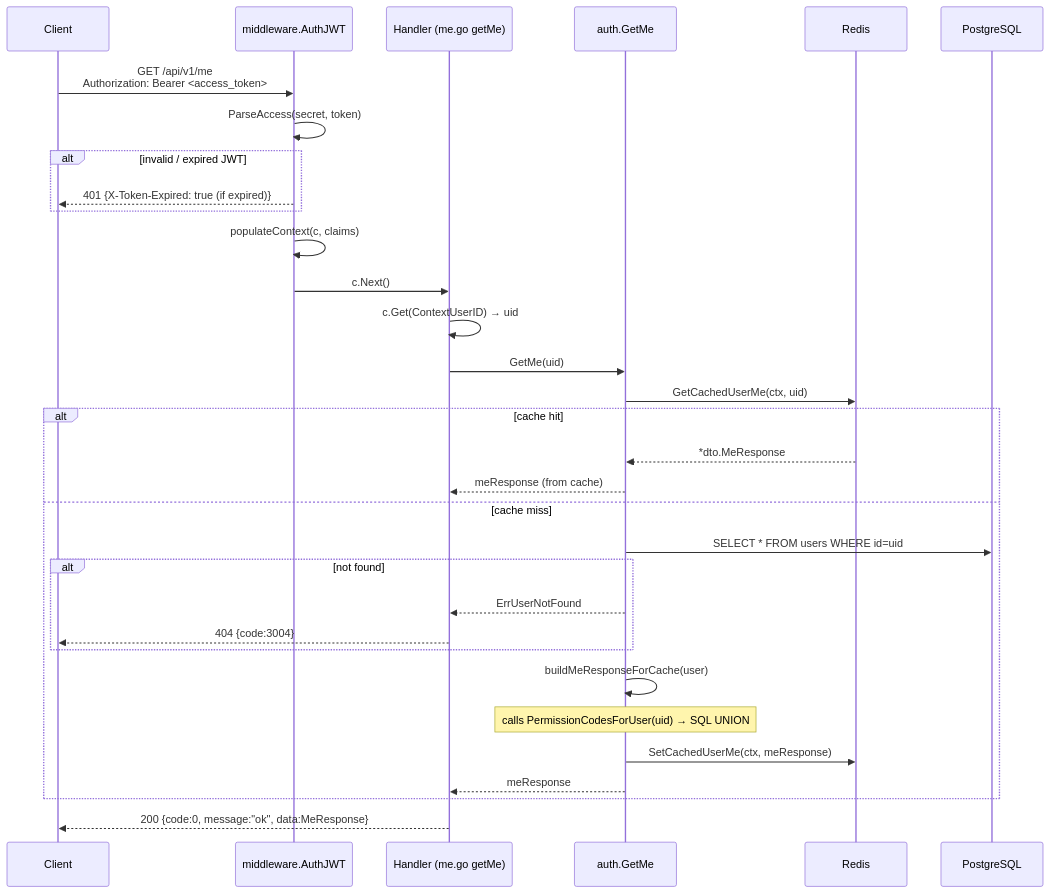
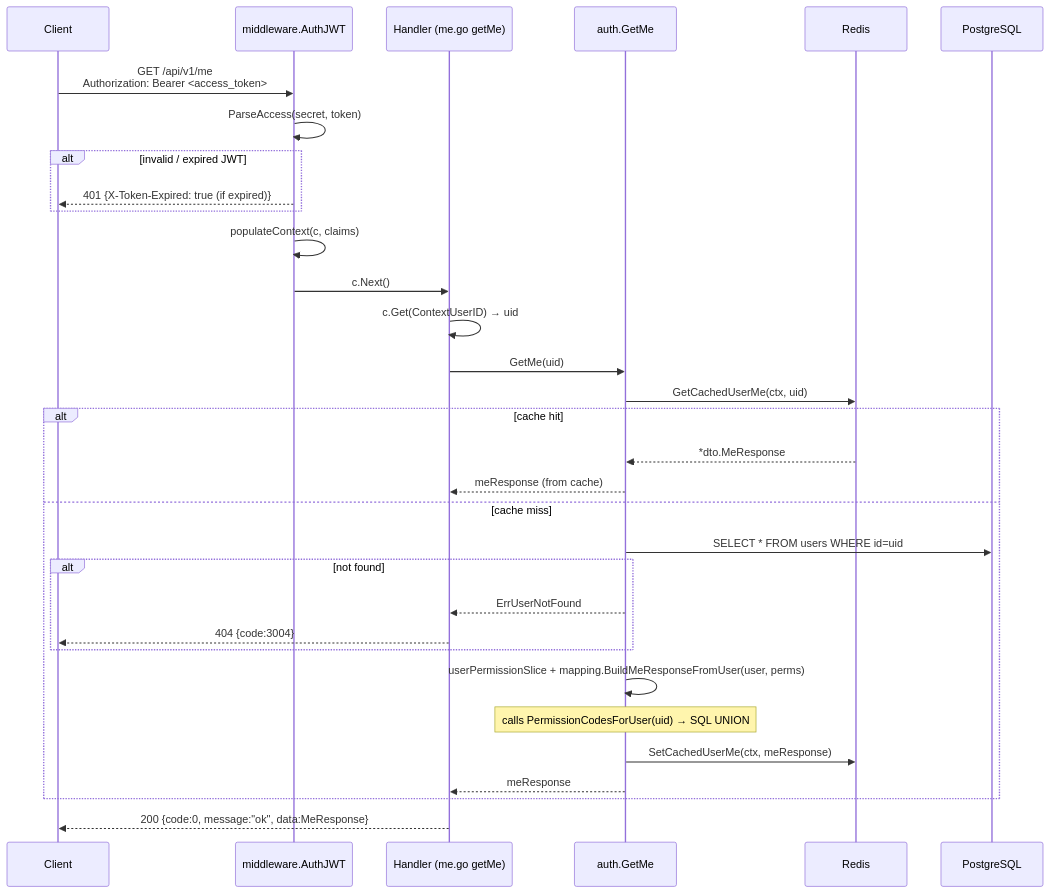
One commit to lkienkle11/be-mycourse changed the sixth of 23 diagrams in docs/sequence_diagrams.md. Above: the diagram before and after it, drawn with Mermaid. The commit also changed other lines of this file and 18 other files, not shown here.

````diff
--- a/docs/sequence_diagrams.md
+++ b/docs/sequence_diagrams.md
@@ -333,38 +333,38 @@
 ```mermaid
 sequenceDiagram
     participant C as Client
     participant MW as middleware.AuthJWT
     participant H as Handler (me.go getMe)
     participant SVC as auth.GetMe
     participant Cache as Redis
     participant DB as PostgreSQL
 
     C->>MW: GET /api/v1/me<br/>Authorization: Bearer <access_token>
     MW->>MW: ParseAccess(secret, token)
     alt invalid / expired JWT
         MW-->>C: 401 {X-Token-Expired: true (if expired)}
     end
     MW->>MW: populateContext(c, claims)
     MW->>H: c.Next()
 
     H->>H: c.Get(ContextUserID) → uid
     H->>SVC: GetMe(uid)
 
     SVC->>Cache: GetCachedUserMe(ctx, uid)
     alt cache hit
         Cache-->>SVC: *dto.MeResponse
         SVC-->>H: meResponse (from cache)
     else cache miss
         SVC->>DB: SELECT * FROM users WHERE id=uid
         alt not found
             SVC-->>H: ErrUserNotFound
             H-->>C: 404 {code:3004}
         end
-        SVC->>SVC: buildMeResponseForCache(user)
+        SVC->>SVC: userPermissionSlice + mapping.BuildMeResponseFromUser(user, perms)
         Note over SVC: calls PermissionCodesForUser(uid) → SQL UNION
         SVC->>Cache: SetCachedUserMe(ctx, meResponse)
         SVC-->>H: meResponse
     end
 
     H-->>C: 200 {code:0, message:"ok", data:MeResponse}
 ```
````
